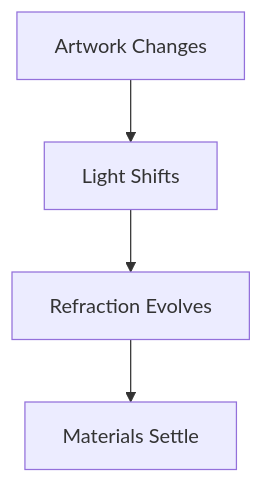
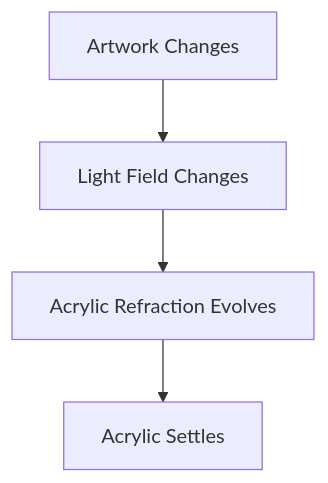
One commit to mosaic-media/architecture changed the ninth of 11 diagrams in docs/design/system/mds-003-material-system/07-refraction.md. Above: the diagram before and after it, drawn with Mermaid. The commit also changed other lines of this file and 12 other files, not shown here.

Commit message:
docs(mds-003): define refraction architecture

````diff
--- a/docs/design/system/mds-003-material-system/07-refraction.md
+++ b/docs/design/system/mds-003-material-system/07-refraction.md
@@ -323,12 +534,12 @@
 ```mermaid
 flowchart TD
 
 N1["Artwork Changes"]
-N2["Light Shifts"]
-N3["Refraction Evolves"]
-N4["Materials Settle"]
+N2["Light Field Changes"]
+N3["Acrylic Refraction Evolves"]
+N4["Acrylic Settles"]
 
 N1 --> N2
 N2 --> N3
 N3 --> N4
 ```
````
